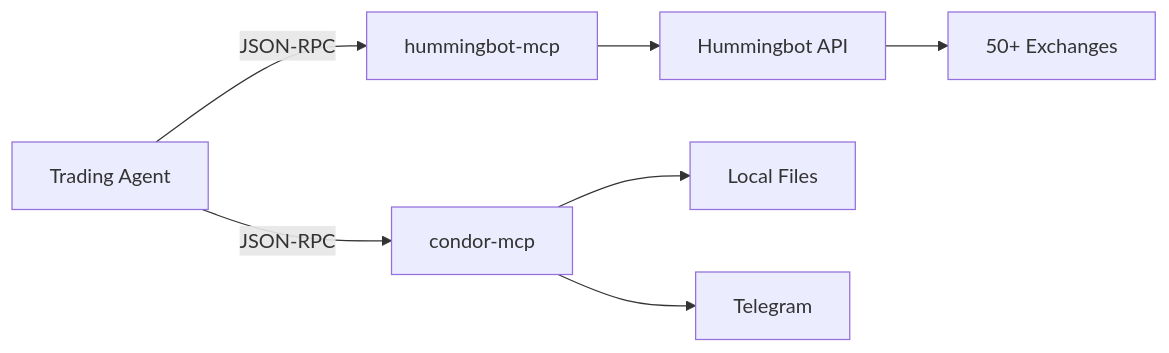
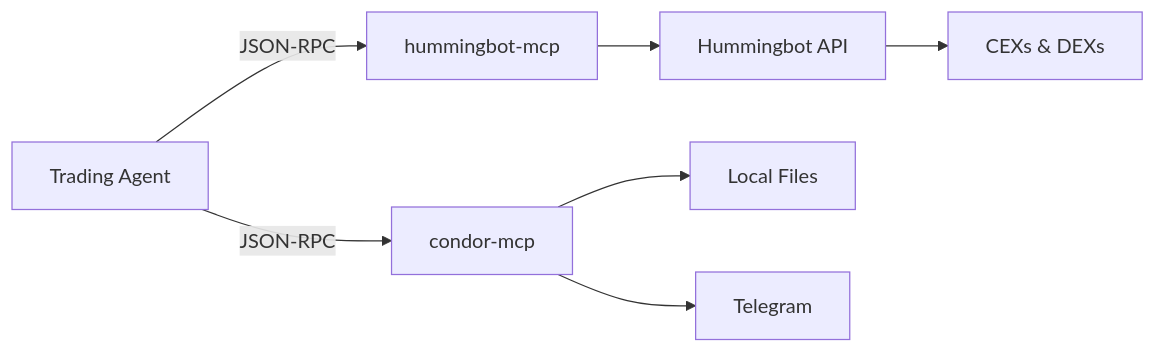
Before and after one commit to fengtality/docs: the diagram in trading-agents/mcp-tools.mdx, drawn with Mermaid. The commit also changed other lines of this file and 15 other files, not shown here.

````diff
--- a/trading-agents/mcp-tools.mdx
+++ b/trading-agents/mcp-tools.mdx
@@ -17,9 +17,9 @@
 ```mermaid
 flowchart LR
     Agent[Trading Agent] --> |JSON-RPC| HMCP[hummingbot-mcp]
     Agent --> |JSON-RPC| CMCP[condor-mcp]
     HMCP --> API[Hummingbot API]
-    API --> Exchanges[50+ Exchanges]
+    API --> Exchanges[CEXs & DEXs]
     CMCP --> Local[Local Files]
     CMCP --> TG[Telegram]
 ```
````
